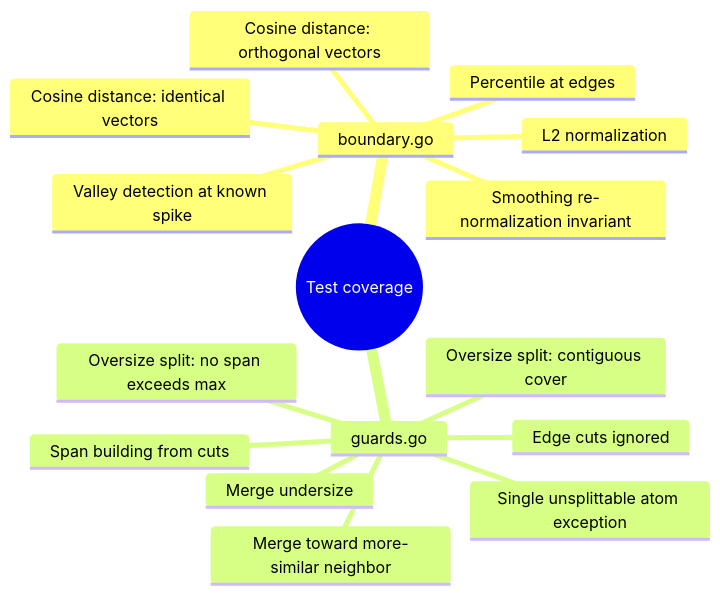
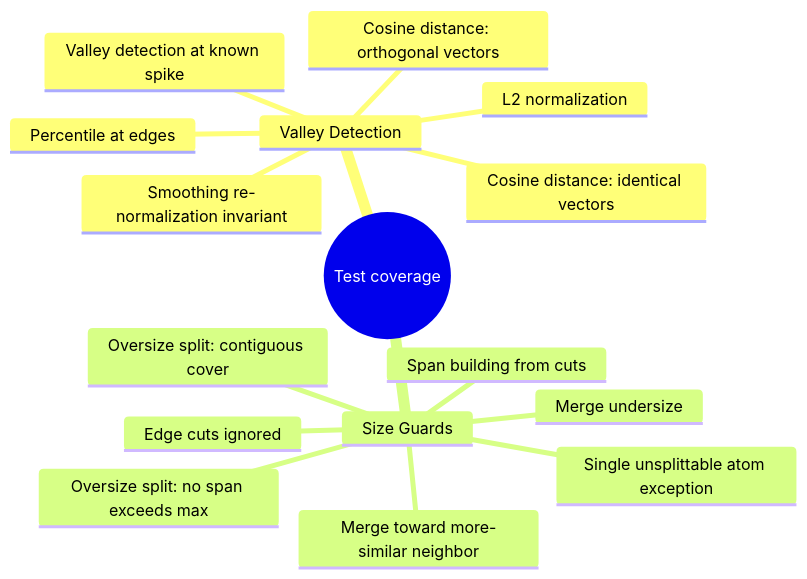
One commit to amit-upadhyay-IT/blog.dwar-ai.org changed diagram 15 of 16 in src/content/docs/amit/blog-semantic-chunking-valley-detection.md. Above: the diagram before and after it, drawn with Mermaid. The commit also changed other lines of this file, not shown here.

````diff
--- a/src/content/docs/amit/blog-semantic-chunking-valley-detection.md
+++ b/src/content/docs/amit/blog-semantic-chunking-valley-detection.md
@@ -452,19 +447,19 @@
 ```mermaid
 mindmap
   root((Test coverage))
-    boundary.go
+    Valley Detection
       L2 normalization
       Cosine distance: identical vectors
       Cosine distance: orthogonal vectors
       Percentile at edges
       Valley detection at known spike
       Smoothing re-normalization invariant
-    guards.go
+    Size Guards
       Span building from cuts
       Edge cuts ignored
       Merge undersize
       Merge toward more-similar neighbor
       Oversize split: contiguous cover
       Oversize split: no span exceeds max
       Single unsplittable atom exception
 ```
````
